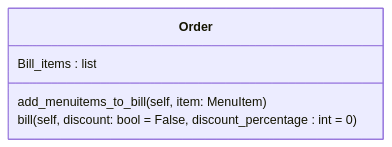
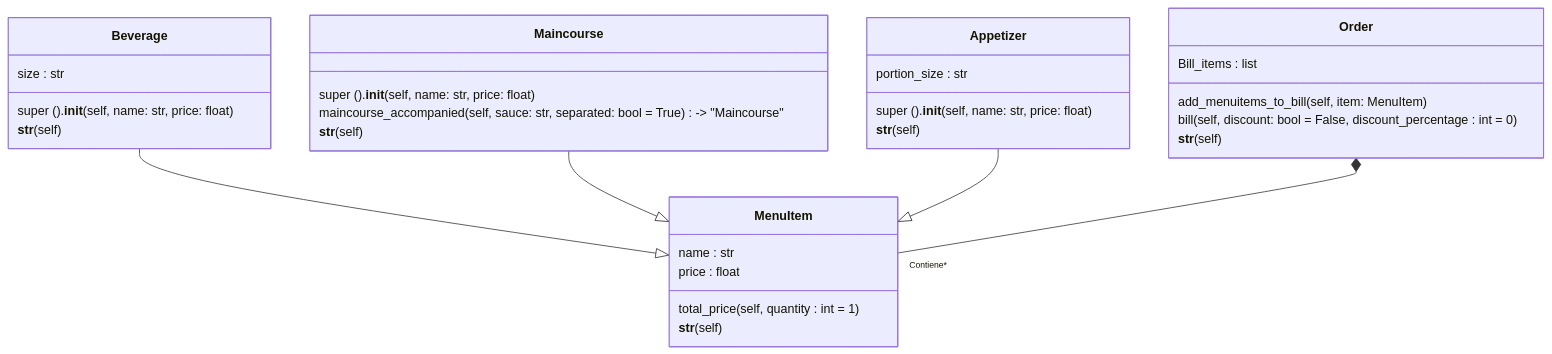
One commit to Cooldude0001/Reto-3---Eli-Caro changed the third of 3 diagrams in README.md. Above: the diagram before and after it, drawn with Mermaid. The commit also changed other lines of this file, not shown here.

````diff
--- a/README.md
+++ b/README.md
@@ -106,10 +206,44 @@
 ```mermaid
 classDiagram
+Beverage --|> MenuItem
+Maincourse --|> MenuItem
+Appetizer --|> MenuItem
+Order *-- "Contiene*" MenuItem
 
 class Order {
     Bill_items : list
     
     add_menuitems_to_bill (self, item: MenuItem)
     bill (self, discount: bool = False, discount_percentage : int = 0)
+    __str__(self)
+}
+
+class MenuItem {
+    name : str
+    price : float
+
+    total_price (self, quantity : int = 1)
+    __str__ (self)
+}
+
+class Beverage {
+    size : str
+    super ().__init__ (self, name: str, price: float)
+
+    __str__ (self)
+}
+
+class Maincourse {
+    super ().__init__ (self, name: str, price: float)
+
+    maincourse_accompanied(self, sauce: str, separated: bool = True) -> "Maincourse"
+    __str__ (self)
+}
+
+class Appetizer {
+    portion_size : str
+    super ().__init__ (self, name: str, price: float)
+
+    __str__ (self)
 }
 ```
````
